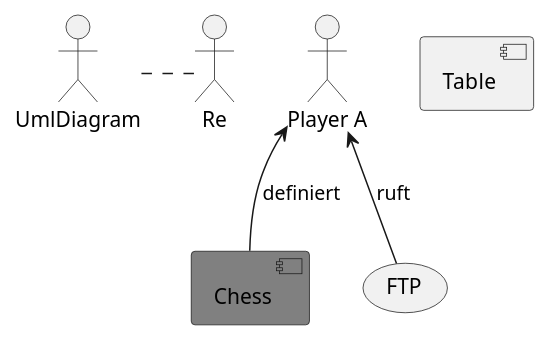
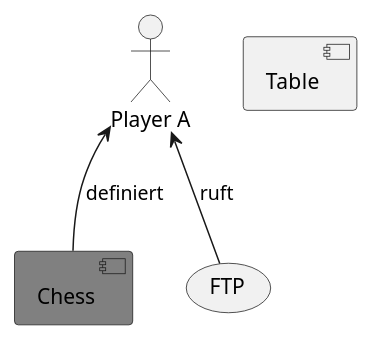
The diagram in src/cleonproject.deliverables.architecture.model.architecture/src/cleon.architecturemethods.arc42.sample/img/Fachlicher_Kontext_Diagramm.puml (marcozwyssig/cleon), drawn with PlantUML before and after one commit. The commit also changed 334 other files, not shown here.

```diff
--- a/src/cleonproject.deliverables.architecture.model.architecture/src/cleon.architecturemethods.arc42.sample/img/Fachlicher_Kontext_Diagramm.puml
+++ b/src/cleonproject.deliverables.architecture.model.architecture/src/cleon.architecturemethods.arc42.sample/img/Fachlicher_Kontext_Diagramm.puml
@@ -1,9 +1,9 @@
 @startuml
-UmlDiagram.Re
+skinparam monochrome true
 component "Chess" #grey
 actor "Player A"
 component "Table"
 (Player A) <-- (Chess) : definiert
 (Player A) <-- (FTP) : ruft
 
 @enduml
```
